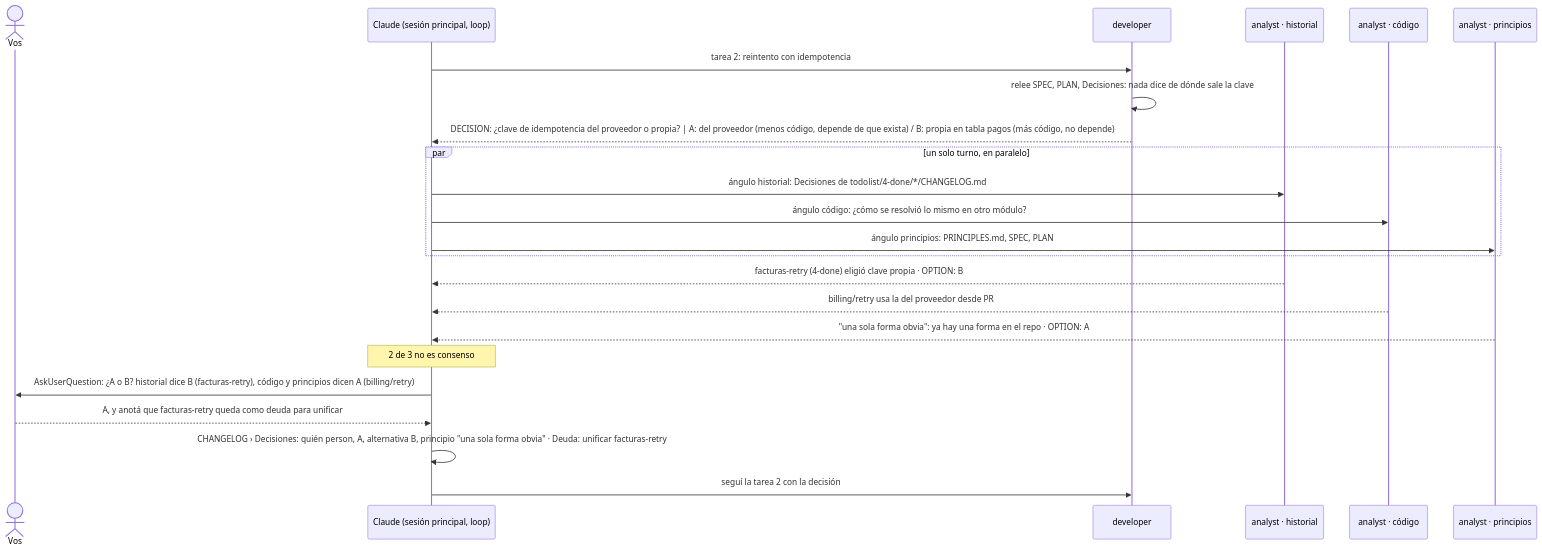
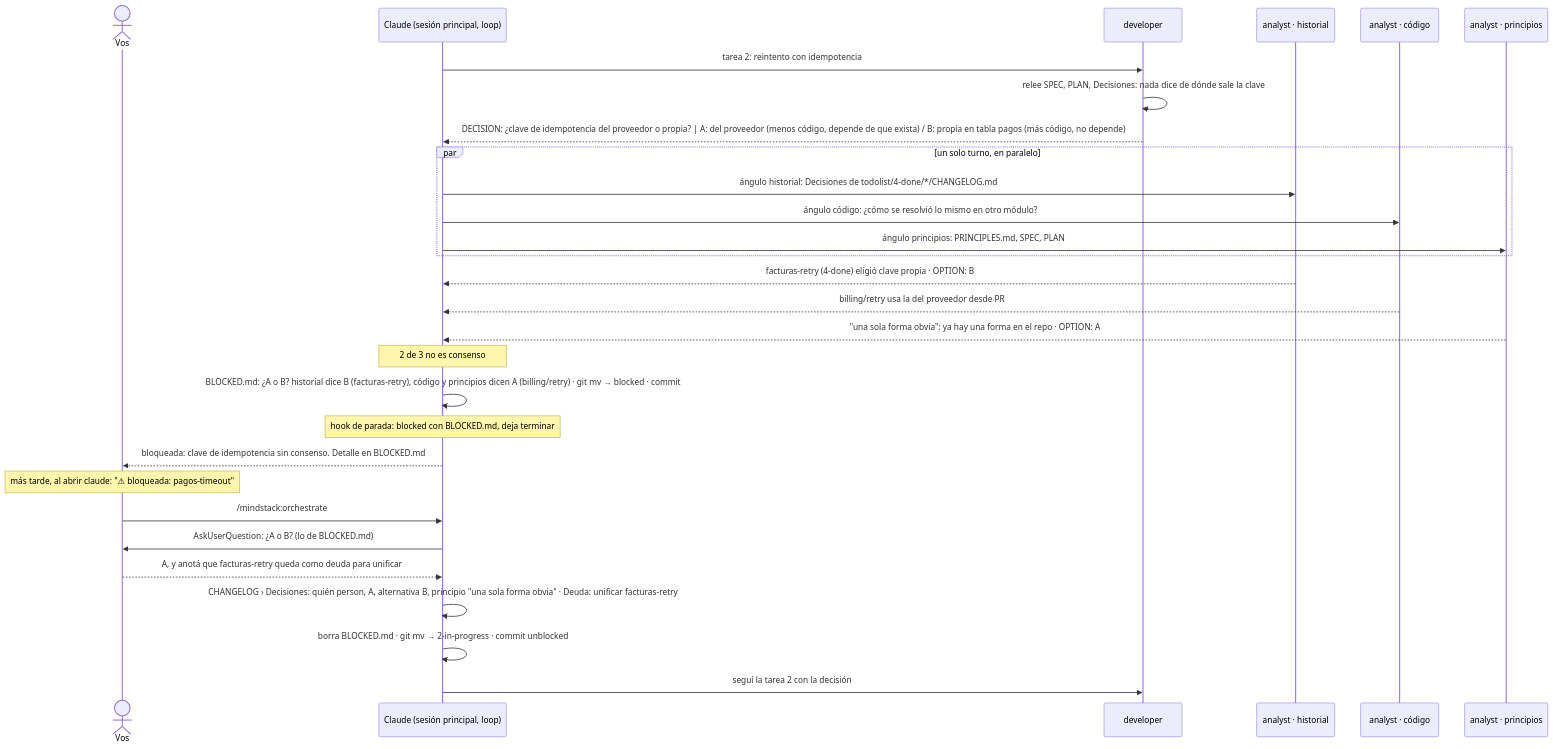
Before and after one commit to octavio-parozlabs/mindstack: the diagram in use-cases/03-decision-consensus.md, drawn with Mermaid. The commit also changed other lines of this file and 44 other files, not shown here.

````diff
--- a/use-cases/03-decision-consensus.md
+++ b/use-cases/03-decision-consensus.md
@@ -5,28 +5,34 @@
 ```mermaid
 sequenceDiagram
     actor U as Vos
     participant C as Claude (sesión principal, loop)
     participant DEV as developer
     participant A1 as analyst · historial
     participant A2 as analyst · código
     participant A3 as analyst · principios
 
     C->>DEV: tarea 2: reintento con idempotencia
     DEV->>DEV: relee SPEC, PLAN, Decisiones: nada dice de dónde sale la clave
     DEV-->>C: DECISION: ¿clave de idempotencia del proveedor o propia? | A: del proveedor (menos código, depende de que exista) / B: propia en tabla pagos (más código, no depende)
 
     par un solo turno, en paralelo
         C->>A1: ángulo historial: Decisiones de todolist/4-done/*/CHANGELOG.md
         C->>A2: ángulo código: ¿cómo se resolvió lo mismo en otro módulo?
         C->>A3: ángulo principios: PRINCIPLES.md, SPEC, PLAN
     end
     A1-->>C: facturas-retry (4-done) eligió clave propia · OPTION: B
     A2-->>C: billing/retry usa la del proveedor desde PR #31 · OPTION: A
     A3-->>C: "una sola forma obvia": ya hay una forma en el repo · OPTION: A
 
     Note over C: 2 de 3 no es consenso
-    C->>U: AskUserQuestion: ¿A o B? historial dice B (facturas-retry), código y principios dicen A (billing/retry)
+    C->>C: BLOCKED.md: ¿A o B? historial dice B (facturas-retry), código y principios dicen A (billing/retry) · git mv → blocked · commit
+    Note over C: hook de parada: blocked con BLOCKED.md, deja terminar
+    C-->>U: bloqueada: clave de idempotencia sin consenso. Detalle en BLOCKED.md
+    Note over U: más tarde, al abrir claude: "⚠ bloqueada: pagos-timeout"
+    U->>C: /mindstack:orchestrate
+    C->>U: AskUserQuestion: ¿A o B? (lo de BLOCKED.md)
     U-->>C: A, y anotá que facturas-retry queda como deuda para unificar
     C->>C: CHANGELOG › Decisiones: quién person, A, alternativa B, principio "una sola forma obvia" · Deuda: unificar facturas-retry
+    C->>C: borra BLOCKED.md · git mv → 2-in-progress · commit unblocked
     C->>DEV: seguí la tarea 2 con la decisión
 ```
````
